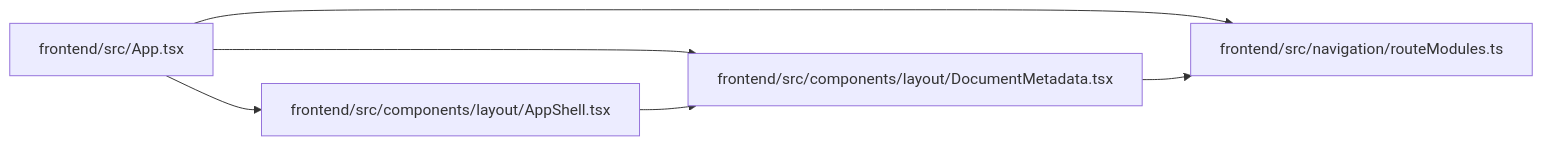
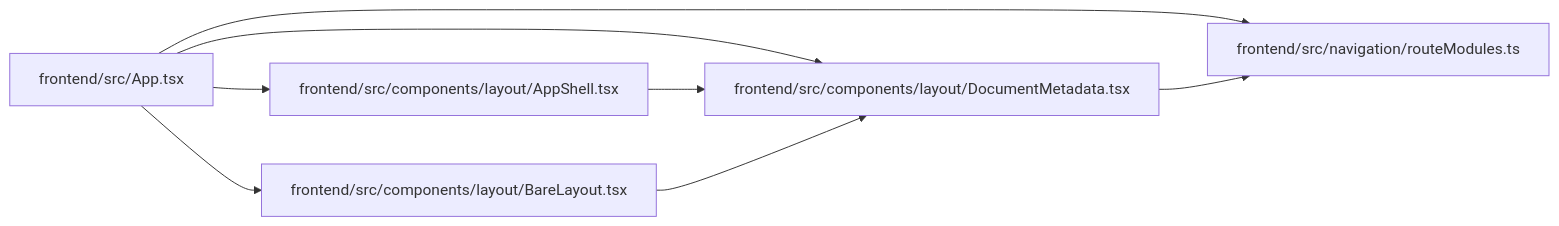
One commit to Denissvgn/WorkChord changed the diagram in docs/llm_wiki/modules/DocumentMetadata.md. Above: the diagram before and after it, drawn with Mermaid. The commit also changed other lines of this file and 2373 other files, not shown here.

````diff
--- a/docs/llm_wiki/modules/DocumentMetadata.md
+++ b/docs/llm_wiki/modules/DocumentMetadata.md
@@ -27,16 +27,20 @@
 ```mermaid
 flowchart LR
     n0["frontend/src/App.tsx"]
     n1["frontend/src/components/layout/AppShell.tsx"]
-    n2["frontend/src/components/layout/DocumentMetadata.tsx"]
-    n3["frontend/src/navigation/routeModules.ts"]
+    n2["frontend/src/components/layout/BareLayout.tsx"]
+    n3["frontend/src/components/layout/DocumentMetadata.tsx"]
+    n4["frontend/src/navigation/routeModules.ts"]
     n0 --> n1
     n0 --> n2
     n0 --> n3
-    n1 --> n2
+    n0 --> n4
+    n1 --> n3
     n2 --> n3
+    n3 --> n4
     click n0 "../modules/App.md"
     click n1 "../modules/AppShell.md"
-    click n2 "../modules/DocumentMetadata.md"
-    click n3 "../modules/routeModules.md"
+    click n2 "../modules/BareLayout.md"
+    click n3 "../modules/DocumentMetadata.md"
+    click n4 "../modules/routeModules.md"
 ```
````
